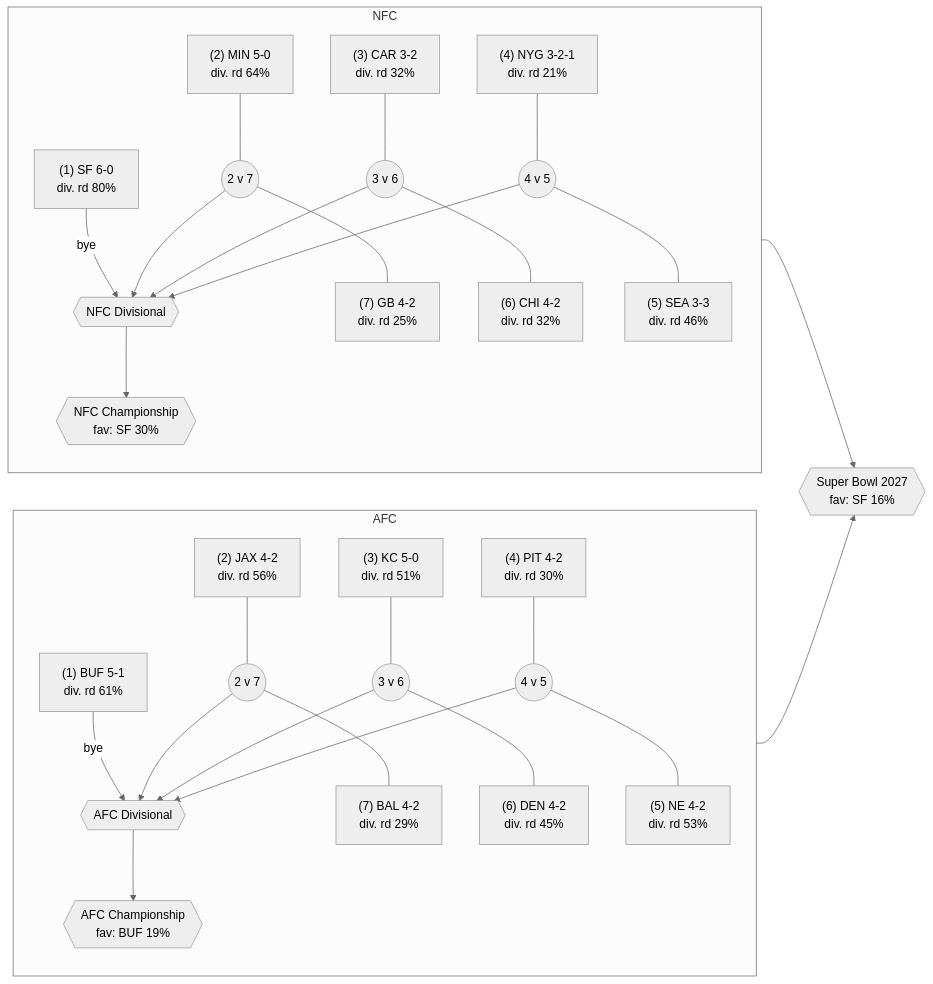
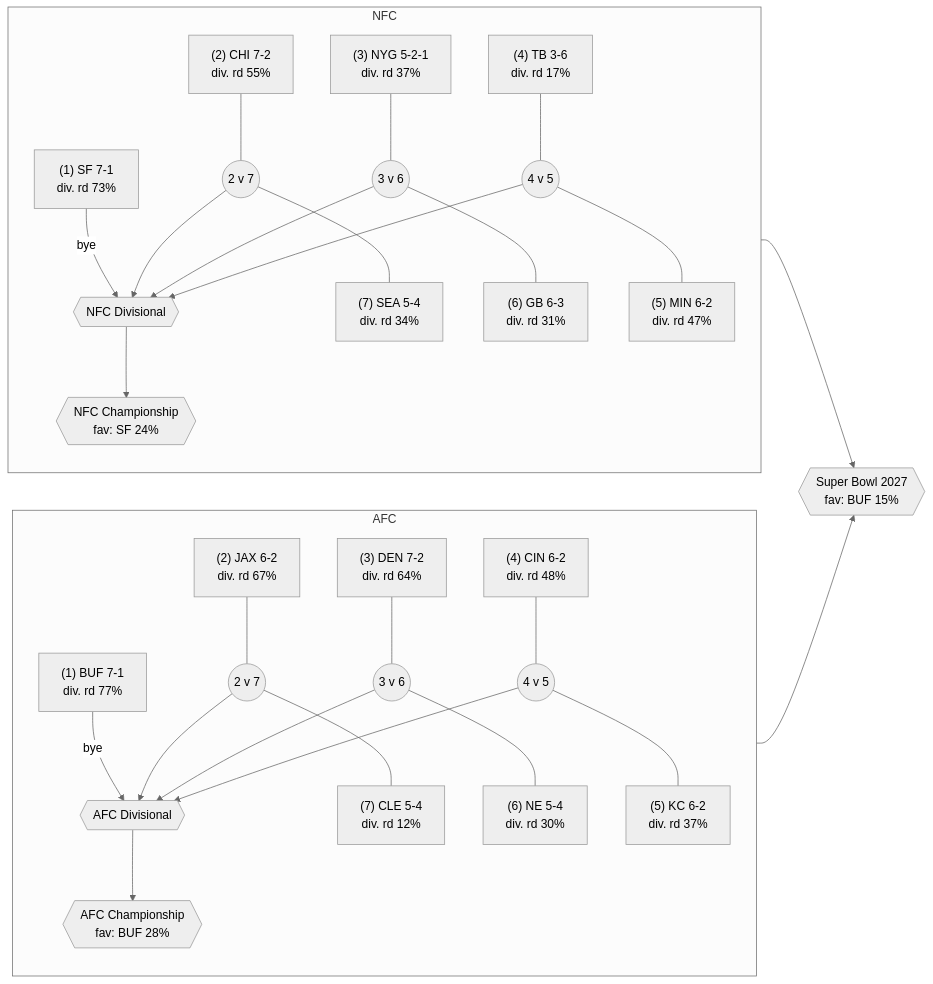
One commit to brentmzey/nfl_superbowl_playoff_odds changed the first of 4 diagrams in README.md. Above: the diagram before and after it, drawn with Mermaid (neutral theme). The commit also changed other lines of this file and 21 other files, not shown here.

````diff
--- a/README.md
+++ b/README.md
@@ -77,27 +77,27 @@
 ```mermaid
 flowchart LR
 subgraph AFC_WC["AFC"]
   direction TB
-  AFC1["(1) BUF 5-1<br/>div. rd 61%"] -->|bye| AFC_DIV
-  AFC2["(2) JAX 4-2<br/>div. rd 56%"] --- AFC_G1(("2 v 7")) --- AFC7["(7) BAL 4-2<br/>div. rd 29%"]
-  AFC3["(3) KC 5-0<br/>div. rd 51%"] --- AFC_G2(("3 v 6")) --- AFC6["(6) DEN 4-2<br/>div. rd 45%"]
-  AFC4["(4) PIT 4-2<br/>div. rd 30%"] --- AFC_G3(("4 v 5")) --- AFC5["(5) NE 4-2<br/>div. rd 53%"]
+  AFC1["(1) BUF 7-1<br/>div. rd 77%"] -->|bye| AFC_DIV
+  AFC2["(2) JAX 6-2<br/>div. rd 67%"] --- AFC_G1(("2 v 7")) --- AFC7["(7) CLE 5-4<br/>div. rd 12%"]
+  AFC3["(3) DEN 7-2<br/>div. rd 64%"] --- AFC_G2(("3 v 6")) --- AFC6["(6) NE 5-4<br/>div. rd 30%"]
+  AFC4["(4) CIN 6-2<br/>div. rd 48%"] --- AFC_G3(("4 v 5")) --- AFC5["(5) KC 6-2<br/>div. rd 37%"]
   AFC_G1 --> AFC_DIV
   AFC_G2 --> AFC_DIV
   AFC_G3 --> AFC_DIV
-  AFC_DIV{{"AFC Divisional"}} --> AFC_CCG{{"AFC Championship<br/>fav: BUF 19%"}}
+  AFC_DIV{{"AFC Divisional"}} --> AFC_CCG{{"AFC Championship<br/>fav: BUF 28%"}}
 end
 subgraph NFC_WC["NFC"]
   direction TB
-  NFC1["(1) SF 6-0<br/>div. rd 80%"] -->|bye| NFC_DIV
-  NFC2["(2) MIN 5-0<br/>div. rd 64%"] --- NFC_G1(("2 v 7")) --- NFC7["(7) GB 4-2<br/>div. rd 25%"]
-  NFC3["(3) CAR 3-2<br/>div. rd 32%"] --- NFC_G2(("3 v 6")) --- NFC6["(6) CHI 4-2<br/>div. rd 32%"]
-  NFC4["(4) NYG 3-2-1<br/>div. rd 21%"] --- NFC_G3(("4 v 5")) --- NFC5["(5) SEA 3-3<br/>div. rd 46%"]
+  NFC1["(1) SF 7-1<br/>div. rd 73%"] -->|bye| NFC_DIV
+  NFC2["(2) CHI 7-2<br/>div. rd 55%"] --- NFC_G1(("2 v 7")) --- NFC7["(7) SEA 5-4<br/>div. rd 34%"]
+  NFC3["(3) NYG 5-2-1<br/>div. rd 37%"] --- NFC_G2(("3 v 6")) --- NFC6["(6) GB 6-3<br/>div. rd 31%"]
+  NFC4["(4) TB 3-6<br/>div. rd 17%"] --- NFC_G3(("4 v 5")) --- NFC5["(5) MIN 6-2<br/>div. rd 47%"]
   NFC_G1 --> NFC_DIV
   NFC_G2 --> NFC_DIV
   NFC_G3 --> NFC_DIV
-  NFC_DIV{{"NFC Divisional"}} --> NFC_CCG{{"NFC Championship<br/>fav: SF 30%"}}
+  NFC_DIV{{"NFC Divisional"}} --> NFC_CCG{{"NFC Championship<br/>fav: SF 24%"}}
 end
-AFC_CCG --> SB{{"Super Bowl 2027<br/>fav: SF 16%"}}
+AFC_CCG --> SB{{"Super Bowl 2027<br/>fav: BUF 15%"}}
 NFC_CCG --> SB
 ```
````
